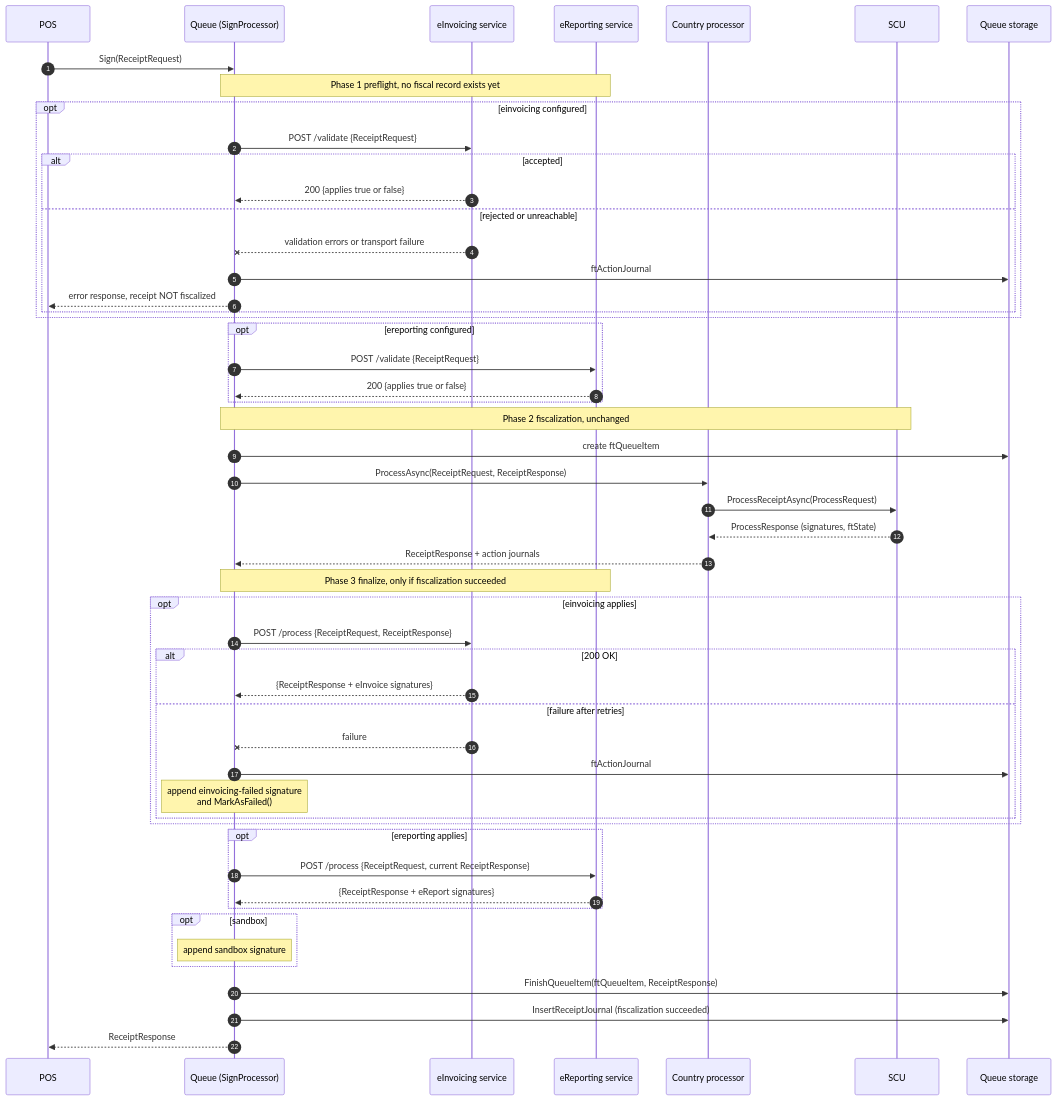
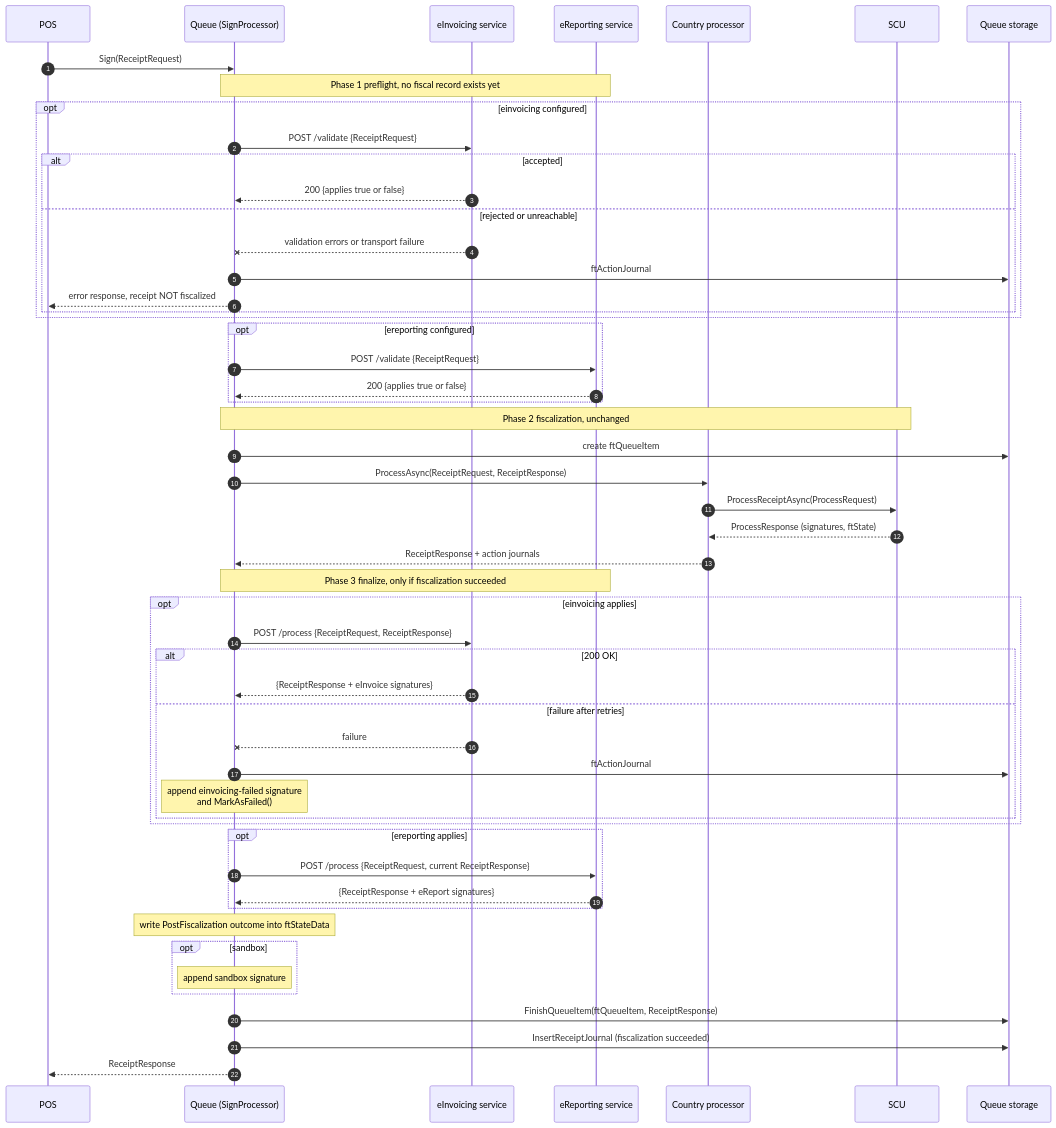
Before and after one commit to fiskaltrust/middleware: the diagram in rfcs/712-queue-einvoicing-ereporting.md, drawn with Mermaid. The commit also changed other lines of this file, not shown here.

````diff
--- a/rfcs/712-queue-einvoicing-ereporting.md
+++ b/rfcs/712-queue-einvoicing-ereporting.md
@@ -121,59 +121,60 @@
 ```mermaid
 sequenceDiagram
     autonumber
     participant POS
     participant Q as Queue (SignProcessor)
     participant EI as eInvoicing service
     participant ER as eReporting service
     participant CP as Country processor
     participant SCU
     participant DB as Queue storage
 
     POS->>Q: Sign(ReceiptRequest)
 
     Note over Q,ER: Phase 1 preflight, no fiscal record exists yet
     opt einvoicing configured
         Q->>EI: POST /validate {ReceiptRequest}
         alt accepted
             EI-->>Q: 200 {applies true or false}
         else rejected or unreachable
             EI--xQ: validation errors or transport failure
             Q->>DB: ftActionJournal
             Q-->>POS: error response, receipt NOT fiscalized
         end
     end
     opt ereporting configured
         Q->>ER: POST /validate {ReceiptRequest}
         ER-->>Q: 200 {applies true or false}
     end
 
     Note over Q,SCU: Phase 2 fiscalization, unchanged
     Q->>DB: create ftQueueItem
     Q->>CP: ProcessAsync(ReceiptRequest, ReceiptResponse)
     CP->>SCU: ProcessReceiptAsync(ProcessRequest)
     SCU-->>CP: ProcessResponse (signatures, ftState)
     CP-->>Q: ReceiptResponse + action journals
 
     Note over Q,ER: Phase 3 finalize, only if fiscalization succeeded
     opt einvoicing applies
         Q->>EI: POST /process {ReceiptRequest, ReceiptResponse}
         alt 200 OK
             EI-->>Q: {ReceiptResponse + eInvoice signatures}
         else failure after retries
             EI--xQ: failure
             Q->>DB: ftActionJournal
             Note over Q: append einvoicing-failed signature<br/>and MarkAsFailed()
         end
     end
     opt ereporting applies
         Q->>ER: POST /process {ReceiptRequest, current ReceiptResponse}
         ER-->>Q: {ReceiptResponse + eReport signatures}
     end
 
+    Note over Q: write PostFiscalization outcome into ftStateData
     opt sandbox
         Note over Q: append sandbox signature
     end
     Q->>DB: FinishQueueItem(ftQueueItem, ReceiptResponse)
     Q->>DB: InsertReceiptJournal (fiscalization succeeded)
     Q-->>POS: ReceiptResponse
 ```
````
